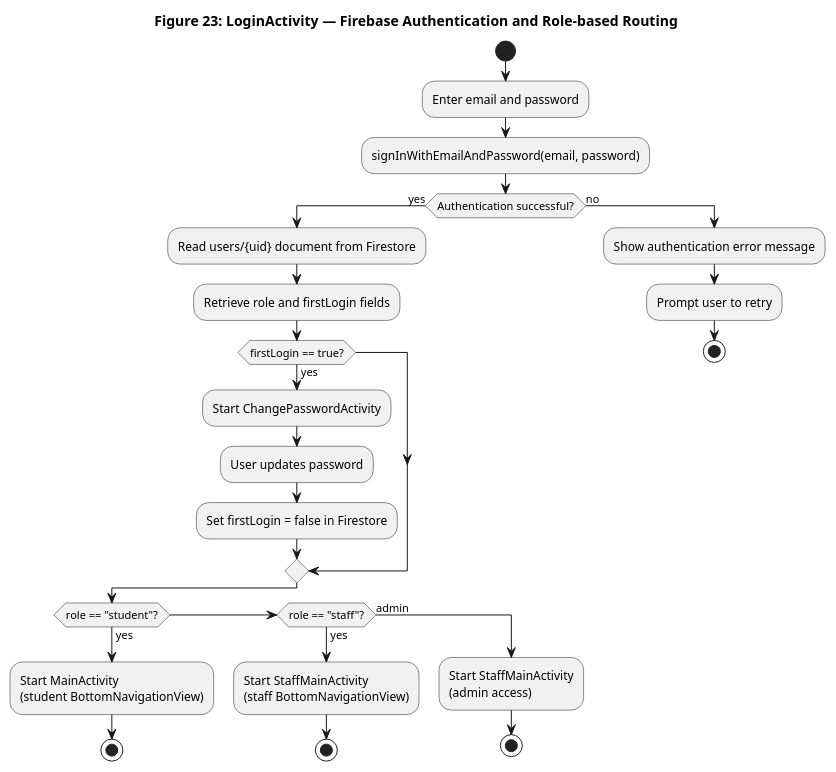
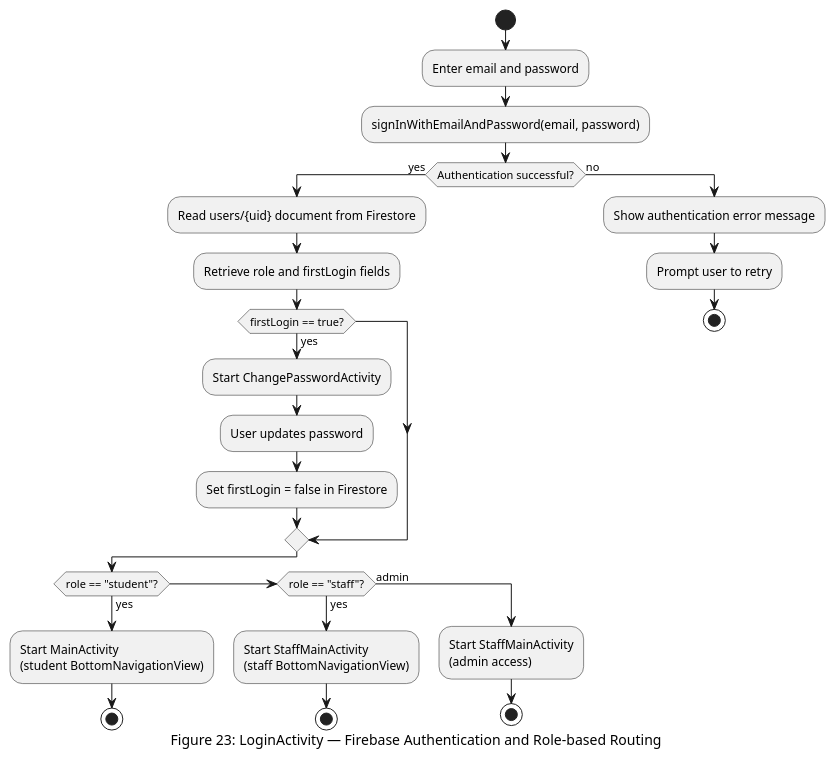
Before and after one commit to Musyonchez/beni-2: the first of 12 diagrams in pdf-source/figures/ch-6.md, drawn with PlantUML. The commit also changed other lines of this file and 30 other files, not shown here.

First line of the commit message:
chore: update figures, add generated PNGs, fix figure follow-up paragraphs

````diff
--- a/pdf-source/figures/ch-6.md
+++ b/pdf-source/figures/ch-6.md
@@ -9,34 +9,34 @@
 ```plantuml
 @startuml Figure23_AuthRoleRouting
 skinparam backgroundColor white
 skinparam defaultFontName Arial
-title Figure 23: LoginActivity — Firebase Authentication and Role-based Routing
+caption Figure 23: LoginActivity — Firebase Authentication and Role-based Routing
 
 start
 :Enter email and password;
 :signInWithEmailAndPassword(email, password);
 if (Authentication successful?) then (yes)
   :Read users/{uid} document from Firestore;
   :Retrieve role and firstLogin fields;
   if (firstLogin == true?) then (yes)
     :Start ChangePasswordActivity;
     :User updates password;
     :Set firstLogin = false in Firestore;
   endif
   if (role == "student"?) then (yes)
     :Start MainActivity\n(student BottomNavigationView);
     stop
   else if (role == "staff"?) then (yes)
     :Start StaffMainActivity\n(staff BottomNavigationView);
     stop
   else (admin)
     :Start StaffMainActivity\n(admin access);
     stop
   endif
 else (no)
   :Show authentication error message;
   :Prompt user to retry;
   stop
 endif
 @enduml
 ```
````
